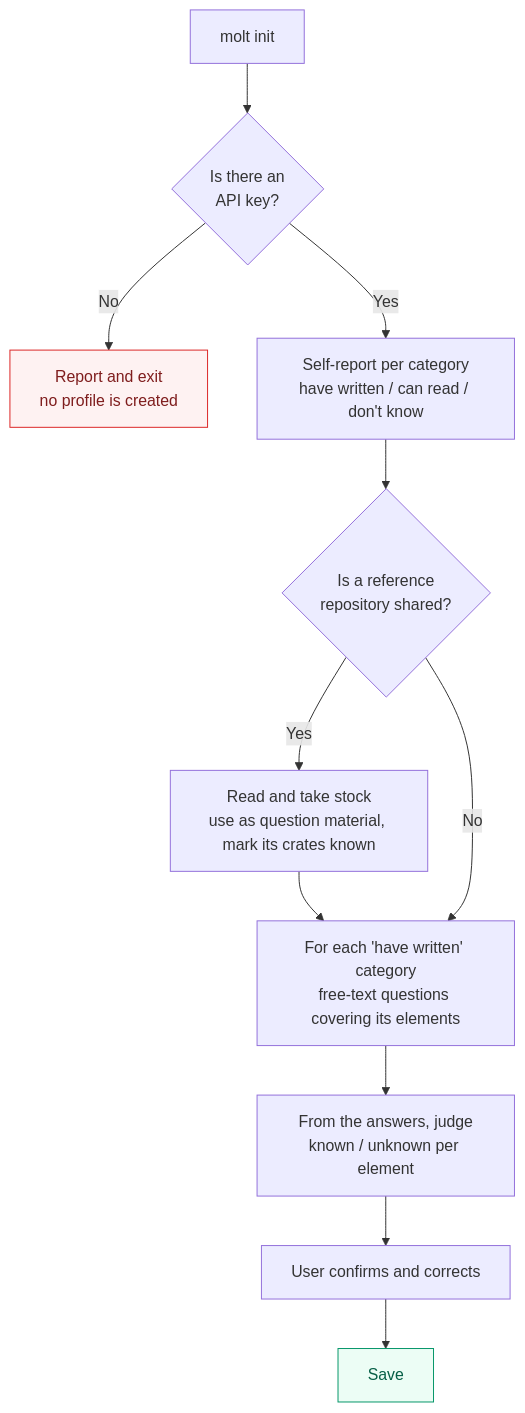
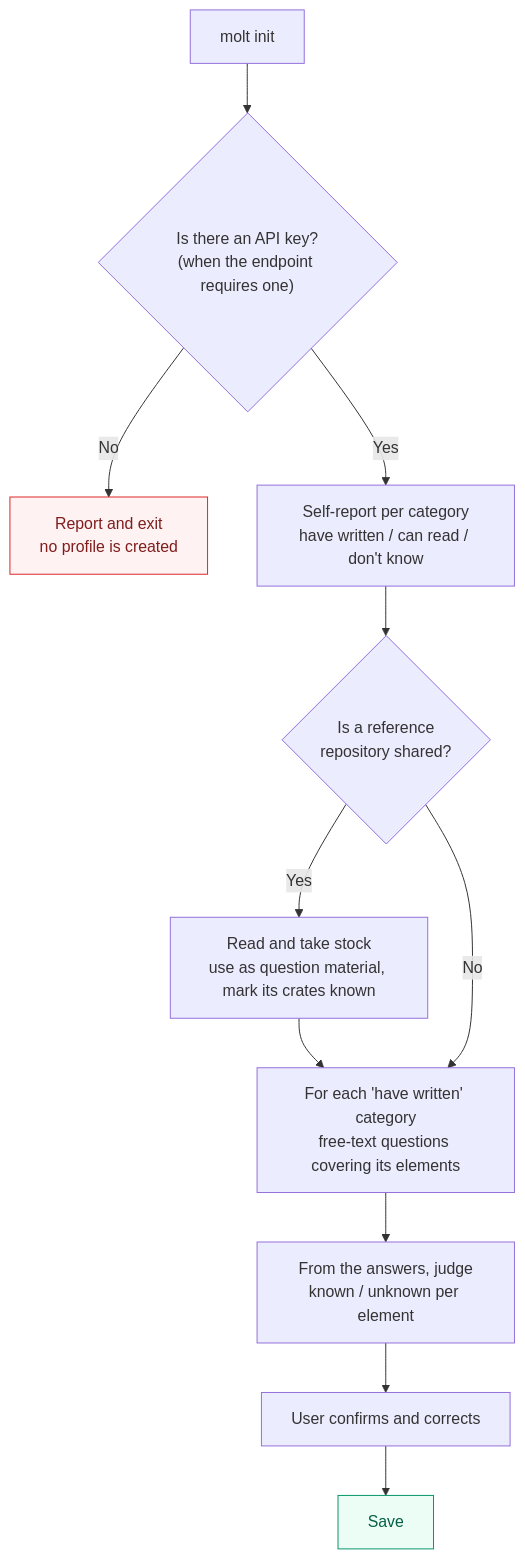
Before and after one commit to sumiredc/molt: the third of 9 diagrams in PRD.md, drawn with Mermaid. The commit also changed other lines of this file and 1 other file, not shown here.

````diff
--- a/PRD.md
+++ b/PRD.md
@@ -130,13 +130,13 @@
 ```mermaid
 flowchart TB
-  S["molt init"] --> K{"Is there an<br/>API key?"}
+  S["molt init"] --> K{"Is there an API key?<br/>(when the endpoint requires one)"}
   K -- "No" --> X1["Report and exit<br/>no profile is created"]:::bad
   K -- "Yes" --> D["Self-report per category<br/>have written / can read / don't know"]
   D --> R{"Is a reference<br/>repository shared?"}
   R -- "Yes" --> RS["Read and take stock<br/>use as question material, mark its crates known"] --> Q
   R -- "No" --> Q
   Q["For each 'have written' category<br/>free-text questions covering its elements"] --> J["From the answers, judge<br/>known / unknown per element"]
   J --> V["User confirms and corrects"] --> SV["Save"]:::ok
   classDef ok   fill:#ecfdf5,stroke:#059669,color:#065f46
   classDef bad  fill:#fef2f2,stroke:#dc2626,color:#7f1d1d
 ```
````
